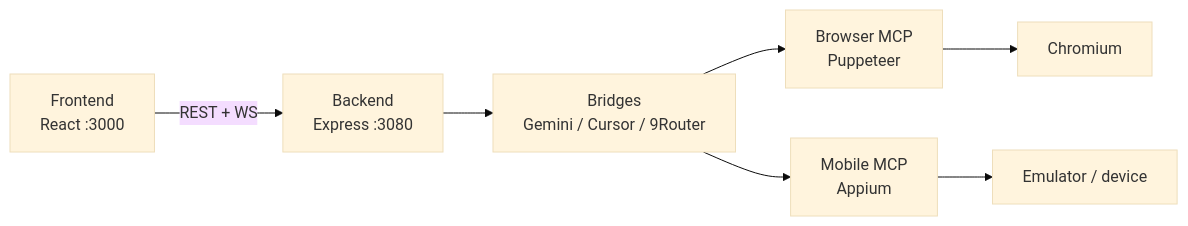
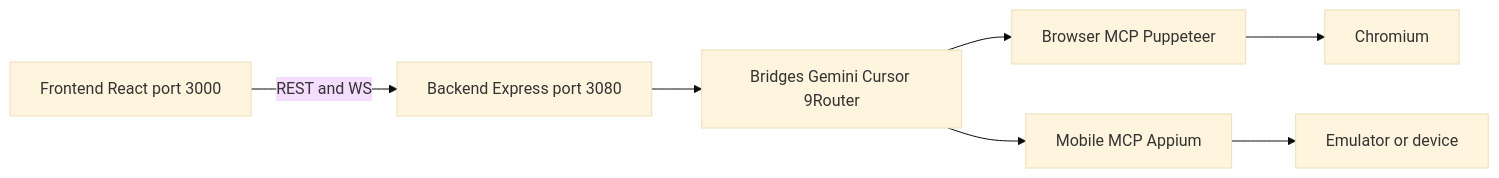
The diagram in README.md (fikriknitto/knitto-agent-automation), drawn with Mermaid (base theme) before and after one commit. The commit also changed other lines of this file and 17 other files, not shown here.

````diff
--- a/README.md
+++ b/README.md
@@ -214,9 +213,9 @@
 ```mermaid
 graph LR
-    UI["Frontend\nReact :3000"] -->|REST + WS| API["Backend\nExpress :3080"]
-    API --> Bridges["Bridges\nGemini / Cursor / 9Router"]
-    Bridges --> BrowserMCP["Browser MCP\nPuppeteer"]
-    Bridges --> MobileMCP["Mobile MCP\nAppium"]
+    UI["Frontend React port 3000"] -->|REST and WS| API["Backend Express port 3080"]
+    API --> Bridges["Bridges Gemini Cursor 9Router"]
+    Bridges --> BrowserMCP["Browser MCP Puppeteer"]
+    Bridges --> MobileMCP["Mobile MCP Appium"]
     BrowserMCP --> Chrome["Chromium"]
-    MobileMCP --> Device["Emulator / device"]
+    MobileMCP --> Device["Emulator or device"]
 ```
````
